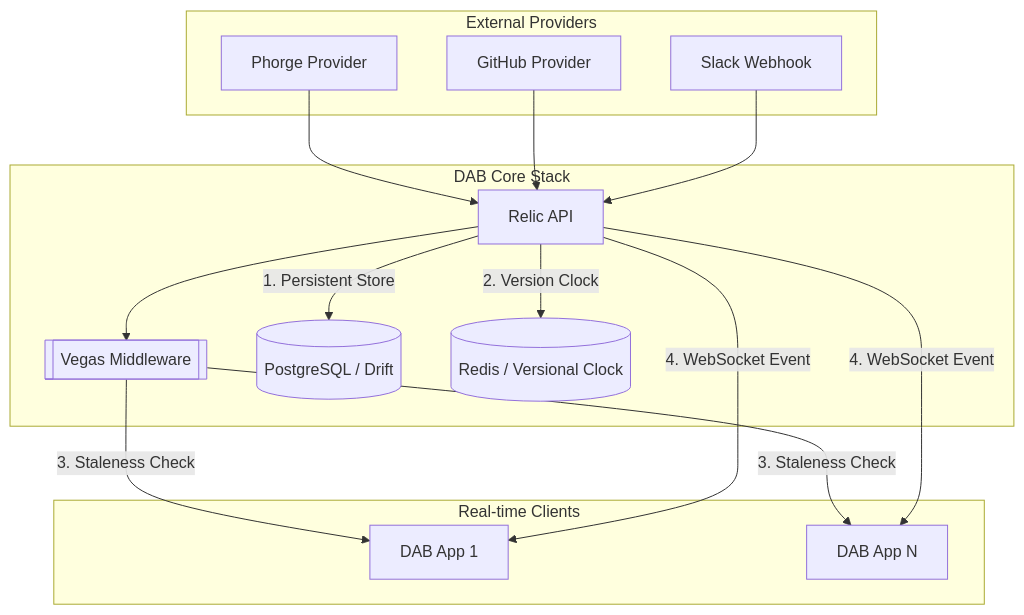
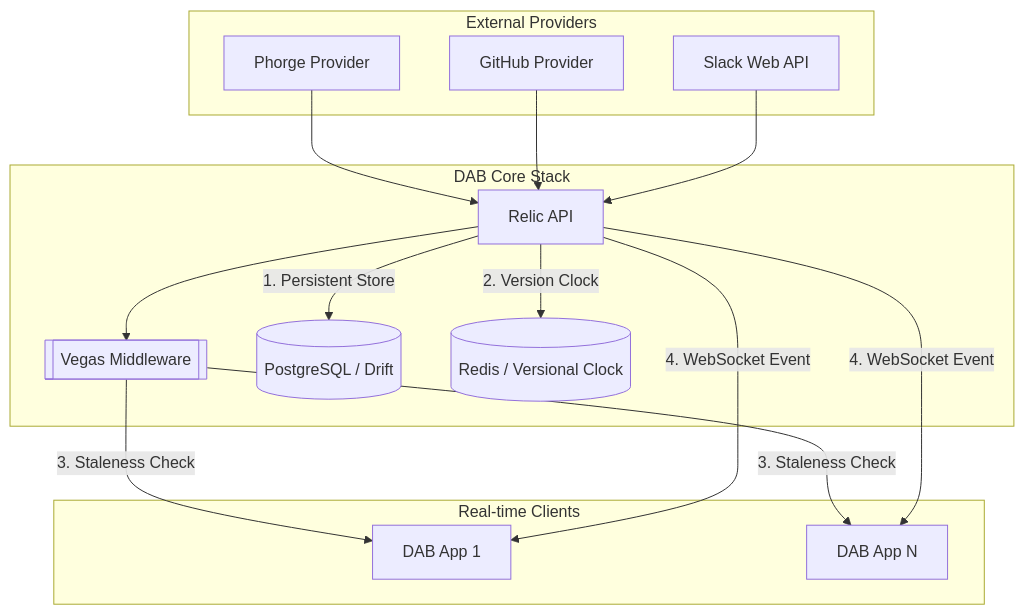
One commit to Dhallz/dab changed the diagram in doc/infrastructure.md. Above: the diagram before and after it, drawn with Mermaid. The commit also changed other lines of this file and 49 other files, not shown here.

First line of the commit message:
DAB-60: Add Slack provider flow and responsive admin layouts

````diff
--- a/doc/infrastructure.md
+++ b/doc/infrastructure.md
@@ -12,24 +12,24 @@
 ```mermaid
 graph TD
     subgraph "External Providers"
         S1[Phorge Provider]
         S2[GitHub Provider]
-        S3[Slack Webhook]
+        S3[Slack Web API]
     end
     subgraph "DAB Core Stack"
         API[Relic API]
         MW[[Vegas Middleware]]
         DB[(PostgreSQL / Drift)]
         RED[(Redis / Versional Clock)]
     end
     subgraph "Real-time Clients"
         CL1[DAB App 1]
         CL2[DAB App N]
     end
     S1 & S2 & S3 --> API
     API -->|1. Persistent Store| DB
     API -->|2. Version Clock| RED
     API --> MW
     MW -->|3. Staleness Check| CL1 & CL2
     API -->|4. WebSocket Event| CL1 & CL2
 ```
````
